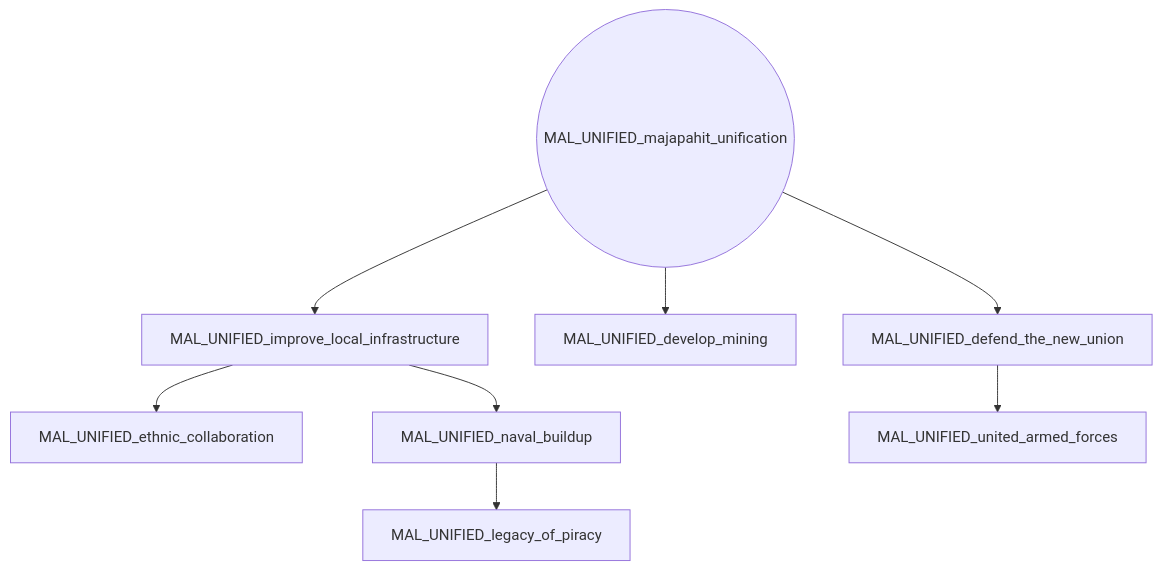
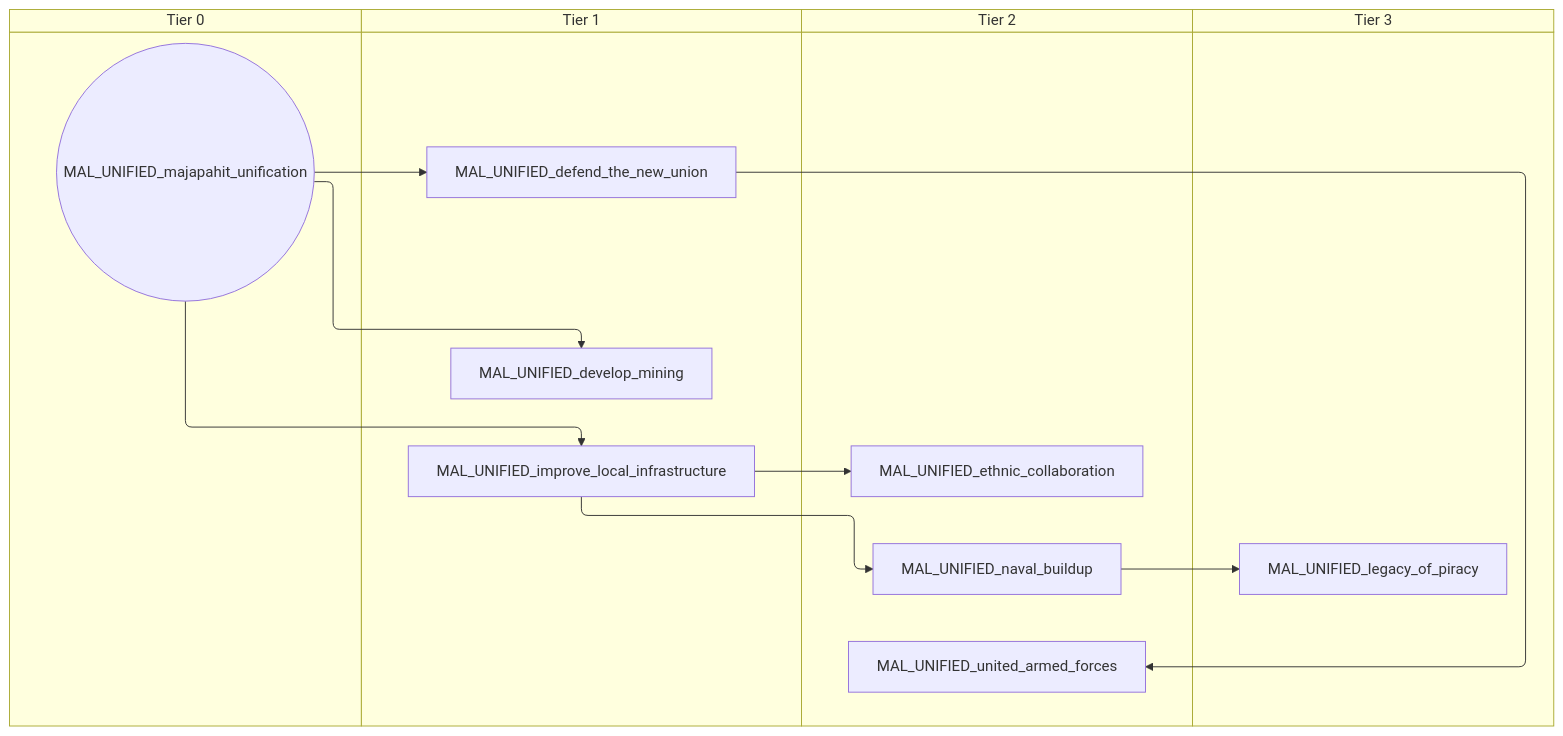
Before and after one commit to evgeny-sobol/hoi4-sandbox-mode-r56: the diagram in docs/gdd/National Focuses/r56/r56_majapahit_shared.md, drawn with Mermaid. The commit also changed 423 other files, not shown here.

First line of the commit message:
Re-export Rt56 focus trees as swimlane diagrams

````diff
--- a/docs/gdd/National Focuses/r56/r56_majapahit_shared.md
+++ b/docs/gdd/National Focuses/r56/r56_majapahit_shared.md
@@ -3,18 +3,26 @@
 ```mermaid
-flowchart TD
-    n1["MAL_UNIFIED_defend_the_new_union"]
-    n2["MAL_UNIFIED_develop_mining"]
-    n3["MAL_UNIFIED_ethnic_collaboration"]
-    n4["MAL_UNIFIED_improve_local_infrastructure"]
-    n5["MAL_UNIFIED_legacy_of_piracy"]
-    n6(("MAL_UNIFIED_majapahit_unification"))
-    n7["MAL_UNIFIED_naval_buildup"]
-    n8["MAL_UNIFIED_united_armed_forces"]
-    n6 --> n1
-    n6 --> n2
-    n4 --> n3
-    n6 --> n4
-    n7 --> n5
-    n4 --> n7
-    n1 --> n8
+swimlane-beta TD
+    subgraph tier_0["Tier 0"]
+        n1(("MAL_UNIFIED_majapahit_unification"))
+    end
+    subgraph tier_1["Tier 1"]
+        n2["MAL_UNIFIED_defend_the_new_union"]
+        n3["MAL_UNIFIED_develop_mining"]
+        n4["MAL_UNIFIED_improve_local_infrastructure"]
+    end
+    subgraph tier_2["Tier 2"]
+        n5["MAL_UNIFIED_ethnic_collaboration"]
+        n6["MAL_UNIFIED_naval_buildup"]
+        n7["MAL_UNIFIED_united_armed_forces"]
+    end
+    subgraph tier_3["Tier 3"]
+        n8["MAL_UNIFIED_legacy_of_piracy"]
+    end
+    n1 --> n2
+    n1 --> n3
+    n4 --> n5
+    n1 --> n4
+    n6 --> n8
+    n4 --> n6
+    n2 --> n7
 ```
````
